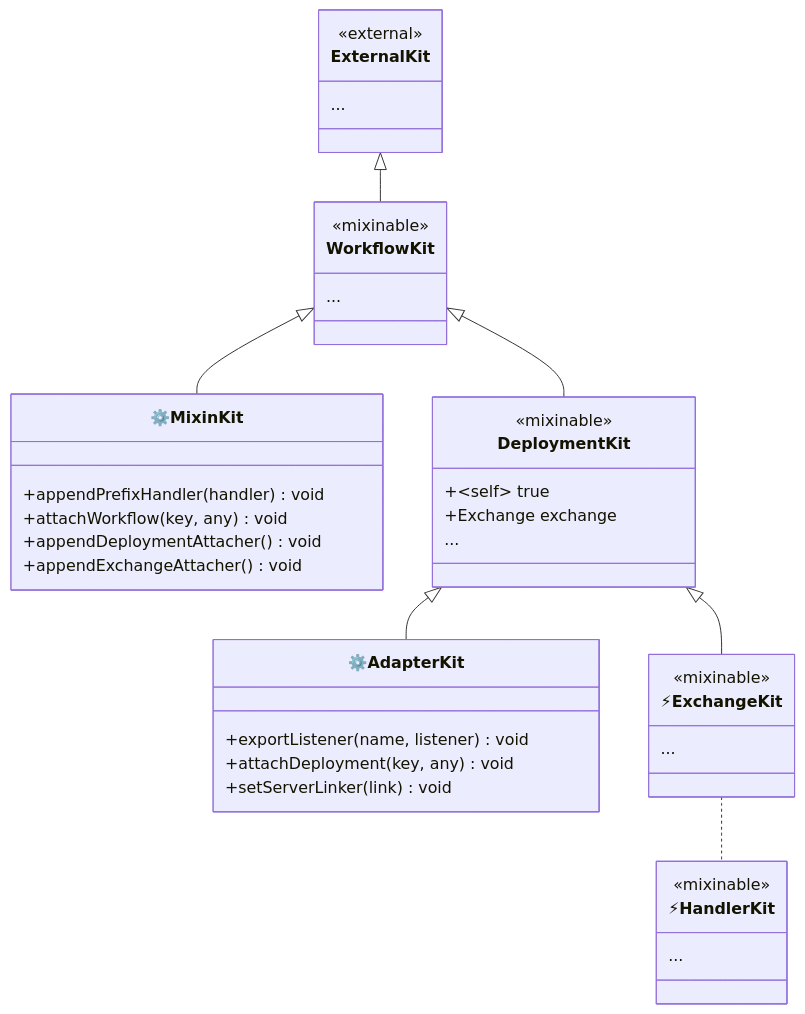
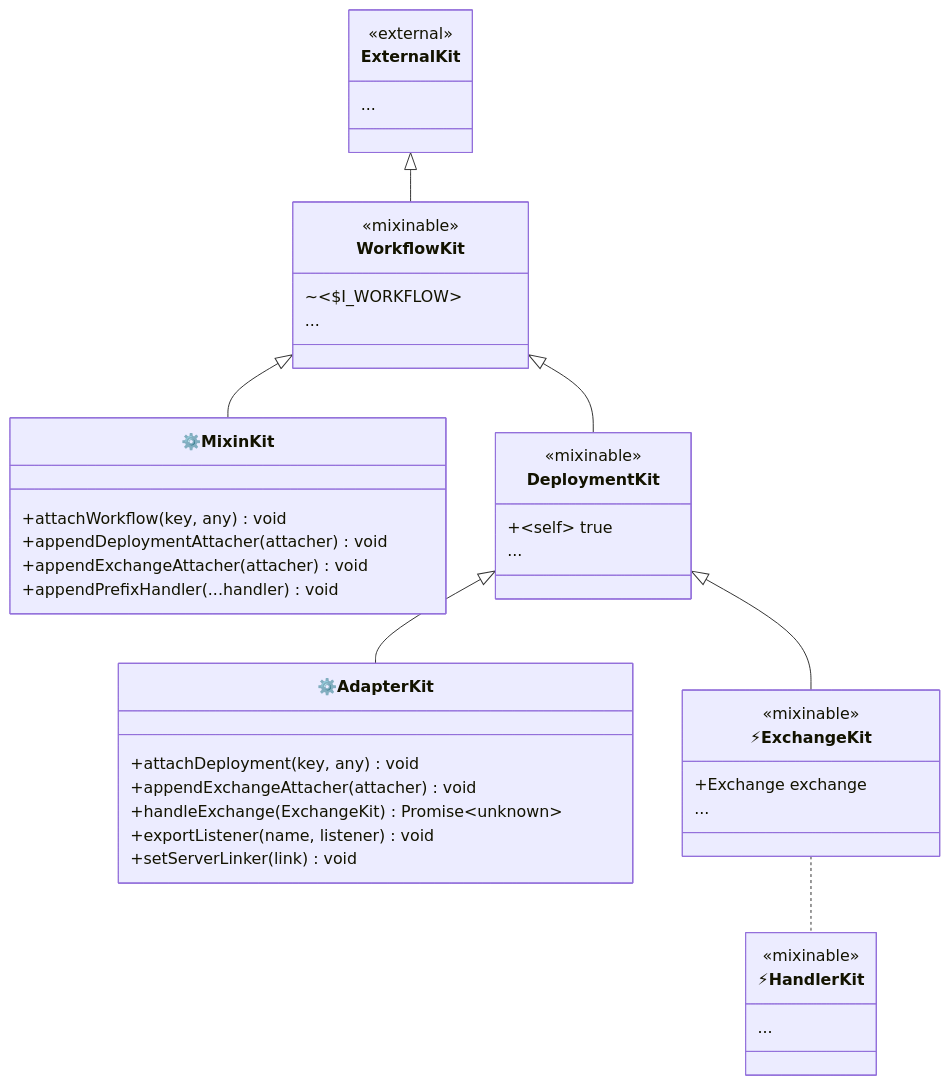
The diagram in packages/workflow/DESIGN.md (produck/kitty), drawn with Mermaid before and after one commit. The commit also changed other lines of this file and 2 other files, not shown here.

Commit message:
compound: [REFACTOR] extract assertAttacher, assertDependenceName, assertNotCompiled [REFACTOR] add compiled guard for attachDeployment and appendExchangeAttacher [ADD] <api>: expose handleExchange, appendExchangeAttacher on AdapterKit [REMOVE] legacy WorkflowKit appendDeploymentAttacher and appendExchangeAttacher [FIX] attachExchangeByAttacherList missing ExchangeKit argument [FIX] <api>: require installer function in mixin() workspace: [ADD] <docs>: update Mermaid class diagram to match current control surface [ADD] <docs>: add AI session note about test conventions

````diff
--- a/packages/workflow/DESIGN.md
+++ b/packages/workflow/DESIGN.md
@@ -227,44 +233,47 @@
 ```mermaid
 classDiagram
   class ExternalKit {
     <<external>>
     ...
   }
   class WorkflowKit {
     <<mixinable>>
+    ~<$I_WORKFLOW>
     ...
   }
   class MixinKit["⚙️MixinKit"] {
-    +appendPrefixHandler(handler) void
     +attachWorkflow(key, any) void
-    +appendDeploymentAttacher() void
-    +appendExchangeAttacher() void
+    +appendDeploymentAttacher(attacher) void
+    +appendExchangeAttacher(attacher) void
+    +appendPrefixHandler(...handler) void
   }
   class DeploymentKit {
     <<mixinable>>
     +~self~ true
-    +Exchange exchange
     ...
   }
   class AdapterKit["⚙️AdapterKit"] {
+    +attachDeployment(key, any) void
+    +appendExchangeAttacher(attacher) void
+    +handleExchange(ExchangeKit) Promise~unknown~
     +exportListener(name, listener) void
-    +attachDeployment(key, any) void
     +setServerLinker(link) void
   }
   class ExchangeKit["⚡ExchangeKit"] {
     <<mixinable>>
+    +Exchange exchange
     ...
   }
   class HandlerKit["⚡HandlerKit"] {
     <<mixinable>>
     ...
   }
 
   ExternalKit <|-- WorkflowKit
   WorkflowKit <|-- MixinKit
   WorkflowKit <|-- DeploymentKit
   DeploymentKit <|-- ExchangeKit
   DeploymentKit <|-- AdapterKit
   ExchangeKit .. HandlerKit
 
 ```
````
